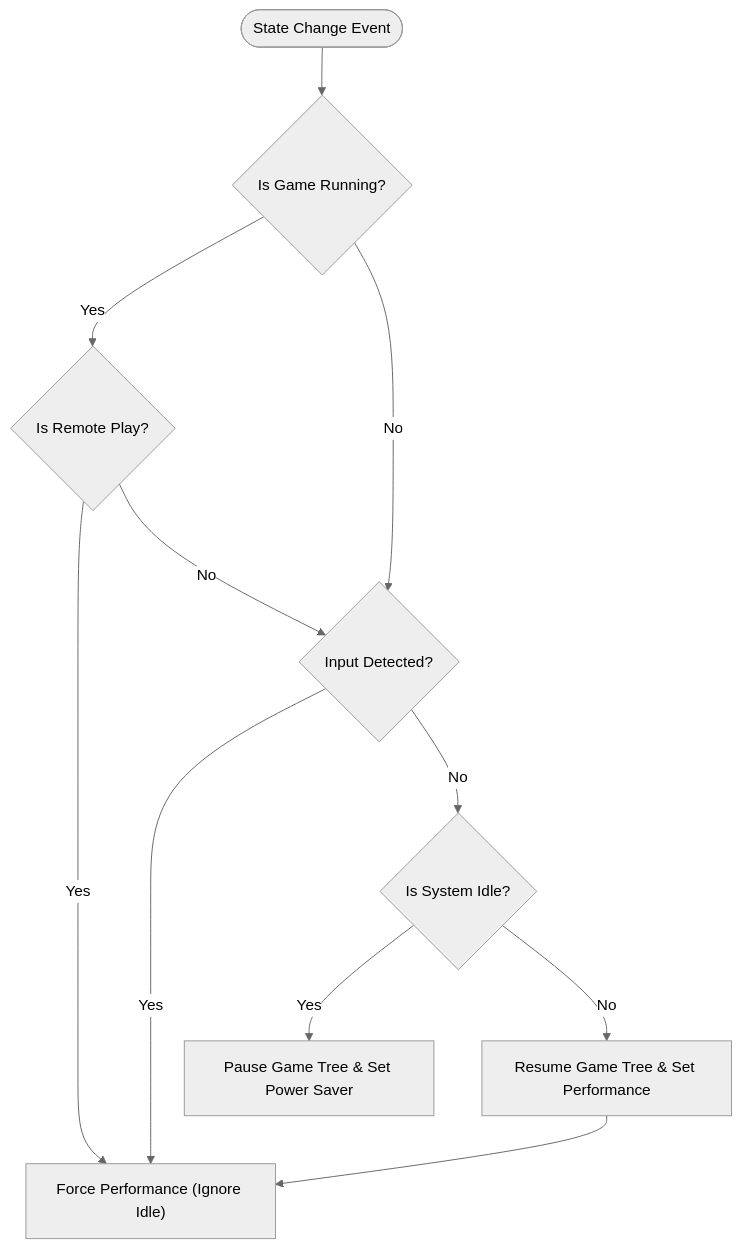
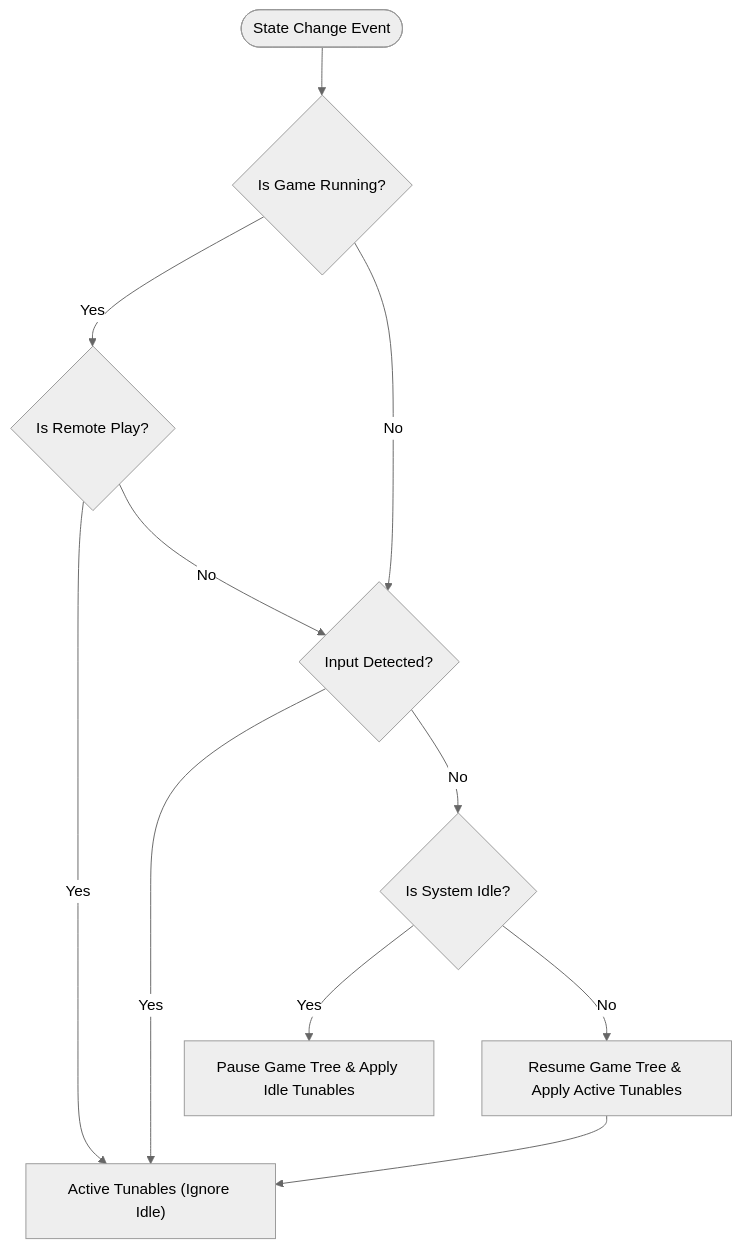
The second of 2 diagrams in README.md (zaolin/framework-powerd), drawn with Mermaid (neutral theme) before and after one commit. The commit also changed other lines of this file and 9 other files, not shown here.

````diff
--- a/README.md
+++ b/README.md
@@ -89,18 +102,18 @@
 ```mermaid
 flowchart TD
     Start([State Change Event]) --> CheckActive{Is Game Running?}
     
     CheckActive -- Yes --> CheckRemote{Is Remote Play?}
-    CheckRemote -- Yes --> ForcePerf["Force Performance (Ignore Idle)"]
+    CheckRemote -- Yes --> ForcePerf["Active Tunables (Ignore Idle)"]
     CheckRemote -- No --> CheckInput{Input Detected?}
     
     CheckActive -- No --> CheckInput
     
     CheckInput -- Yes --> ForcePerf
     CheckInput -- No --> CheckIdle{Is System Idle?}
     
-    CheckIdle -- Yes --> Suspend["Pause Game Tree & Set Power Saver"]
-    CheckIdle -- No --> Resume["Resume Game Tree & Set Performance"]
+    CheckIdle -- Yes --> Suspend["Pause Game Tree & Apply Idle Tunables"]
+    CheckIdle -- No --> Resume["Resume Game Tree & Apply Active Tunables"]
     
     Resume --> ForcePerf
 ```
````
